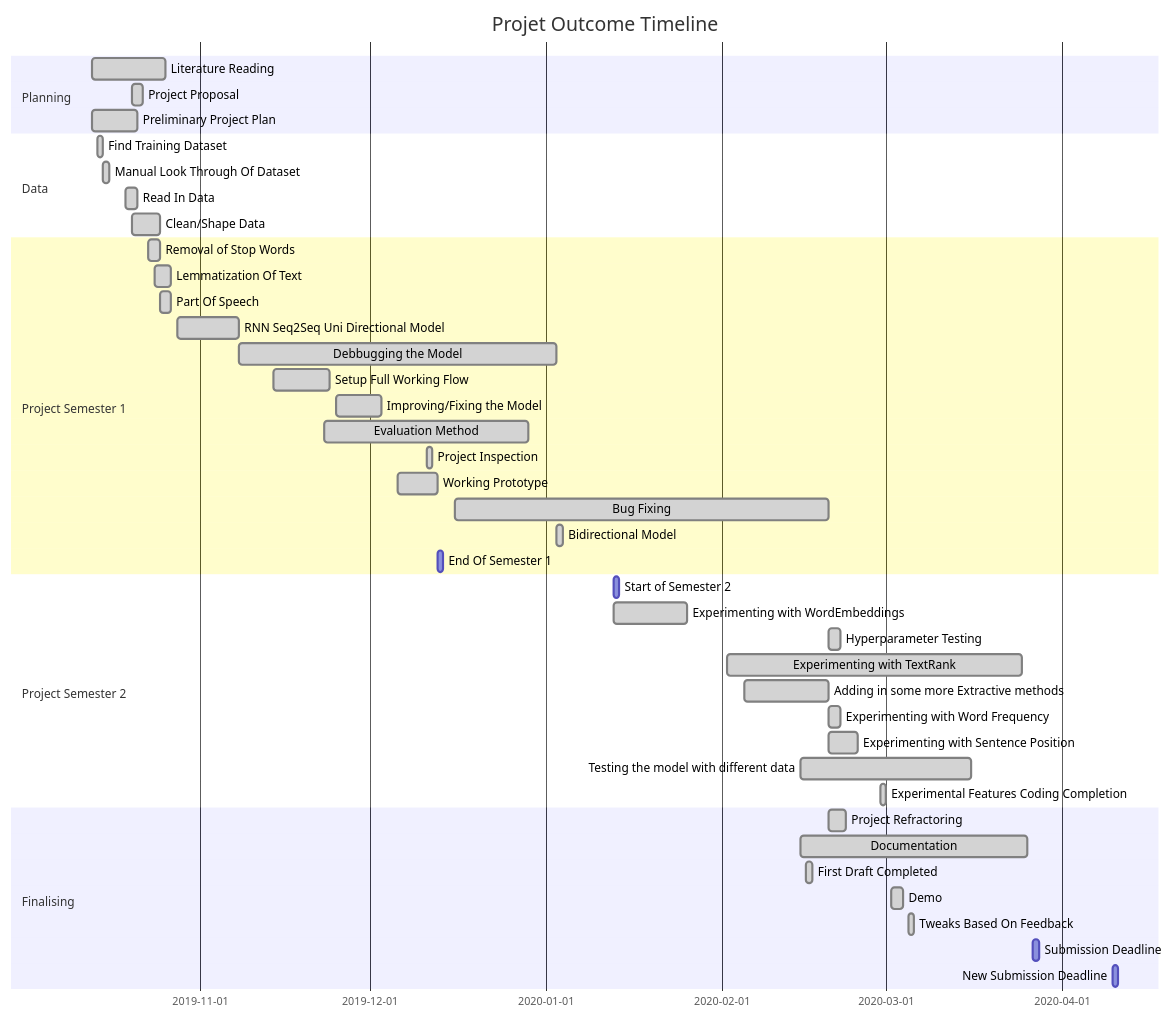
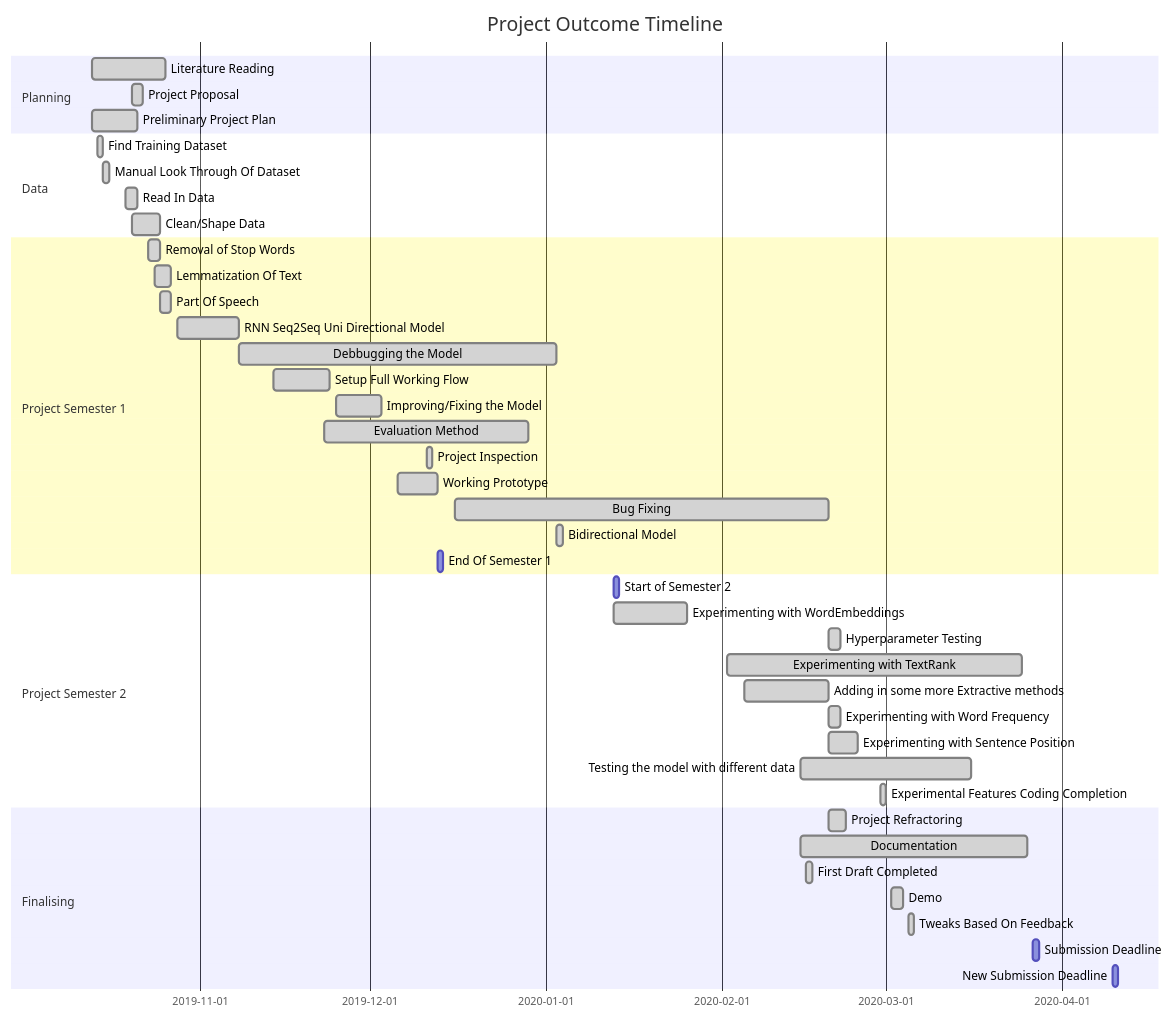
The second of 2 diagrams in README.md (bmistry12/text-summarisation), drawn with Mermaid before and after one commit. The commit also changed other lines of this file and 1 other file, not shown here.

````diff
--- a/README.md
+++ b/README.md
@@ -152,51 +156,51 @@
 ```mermaid
 gantt
 dateFormat  YYYY-MM-DD
-title Projet Outcome Timeline
+title Project Outcome Timeline
 
 section Planning
 Literature Reading                      :done,    des1, 2019-10-13, 2019-10-26
 Project Proposal                        :done,    des1, 2019-10-20, 2019-10-22
 Preliminary Project Plan                :done,    des1, 2019-10-13, 2019-10-21
 
 section Data                  
 Find Training Dataset                   :done,    des1, 2019-10-14, 2019-10-15
 Manual Look Through Of Dataset          :done,    des1, 2019-10-15, 2019-10-16
 Read In Data                            :done,    des1, 2019-10-19, 2019-10-21
 Clean/Shape Data                        :done,    des1, 2019-10-20, 2019-10-25
 
 section Project Semester 1
 Removal of Stop Words                   :done,    des1, 2019-10-23, 2019-10-25
 Lemmatization Of Text                   :done,    des1, 2019-10-24, 2019-10-27
 Part Of Speech                          :done,    des1, 2019-10-25, 2019-10-27
 RNN Seq2Seq Uni Directional Model       :done,    des1, 2019-10-28, 2019-11-08
 Debbugging the Model                    :done,    des1, 2019-11-08, 2020-01-03
 Setup Full Working Flow                 :done,    des1, 2019-11-14, 2019-11-24
 Improving/Fixing the Model              :done,    des1, 2019-11-25, 2019-12-03
 Evaluation Method                       :done,    des1, 2019-11-23, 2019-12-29
 Project Inspection                      :done,    des1, 2019-12-11, 1d
 Working Prototype                       :done,    des1, 2019-12-06, 2019-12-13
 Bug Fixing                              :done,    des1, 2019-12-16, 2020-02-20
 Bidirectional Model                     :done,    des1, 2020-01-03, 2020-01-04
 End Of Semester 1                       :         des1, 2019-12-13, 1d
 
 section Project Semester 2
 Start of Semester 2                     :         des1, 2020-01-13, 1d
 Experimenting with WordEmbeddings       :done,    des1, 2020-01-13, 2020-01-26
 Hyperparameter Testing                  :done,    des1, 2020-02-20, 2020-02-22
 Experimenting with TextRank             :done,    des1, 2020-02-02, 2020-03-25
 Adding in some more Extractive methods  :done,    des1, 2020-02-05, 2020-02-20
 Experimenting with Word Frequency       :done,    des1, 2020-02-20, 2020-02-22
 Experimenting with Sentence Position    :done,    des1, 2020-02-20, 2020-02-25
 Testing the model with different data   :done,    des1, 2020-02-15, 2020-03-16
 Experimental Features Coding Completion :done,    des1, 2020-02-29, 1d
 
 Section Finalising
 Project Refractoring                    :done,    des1, 2020-02-20, 2020-02-23
 Documentation                           :done,    des1, 2020-02-15, 2020-03-26
 First Draft Completed                   :done,    des1, 2020-02-16, 1d
 Demo                                    :done,    des1, 2020-03-02, 2020-03-04
 Tweaks Based On Feedback                :done,    des1, 2020-03-05, 2020-03-06
 Submission Deadline                     :         des1, 2020-03-27, 1d
 New Submission Deadline                 :         des1, 2020-04-10, 1d
 ```
````
